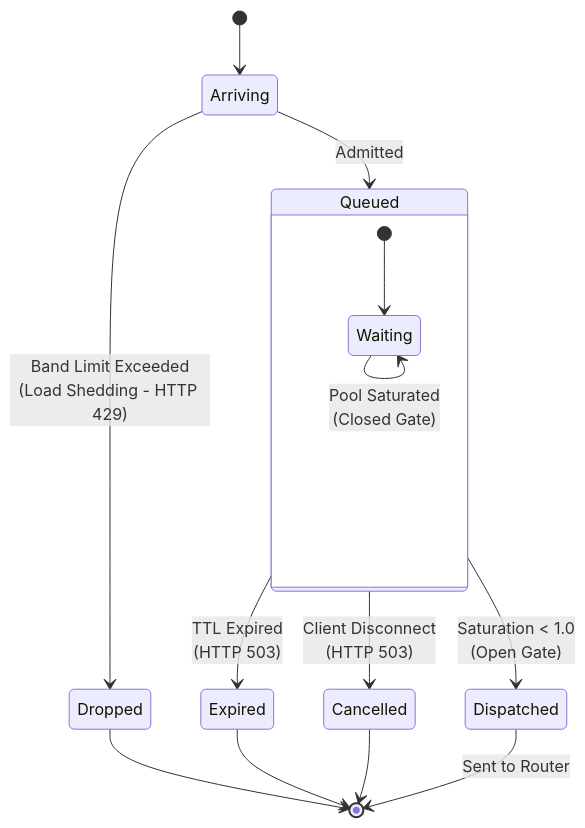
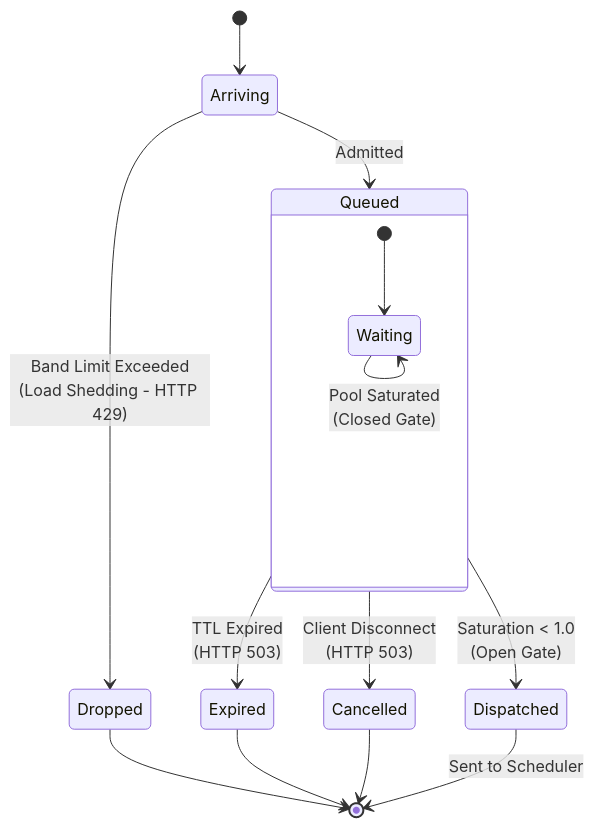
The third of 3 diagrams in docs/wip-docs-new/architecture/core/router/epp/flow-control.md (ahg-g/llm-d), drawn with Mermaid before and after one commit. The commit also changed other lines of this file and 18 other files, not shown here.

````diff
--- a/docs/wip-docs-new/architecture/core/router/epp/flow-control.md
+++ b/docs/wip-docs-new/architecture/core/router/epp/flow-control.md
@@ -320,20 +320,20 @@
 ```mermaid
 stateDiagram-v2
     [*] --> Arriving
     Arriving --> Dropped: Band Limit Exceeded<br/>(Load Shedding - HTTP 429)
     Arriving --> Queued: Admitted
 
     state Queued {
         [*] --> Waiting
         Waiting --> Waiting: Pool Saturated<br/>(Closed Gate)
     }
 
     Queued --> Expired: TTL Expired<br/>(HTTP 503)
     Queued --> Cancelled: Client Disconnect<br/>(HTTP 503)
     Queued --> Dispatched: Saturation < 1.0<br/>(Open Gate)
 
-    Dispatched --> [*]: Sent to Router
+    Dispatched --> [*]: Sent to Scheduler
     Dropped --> [*]
     Expired --> [*]
     Cancelled --> [*]
 ```
````
